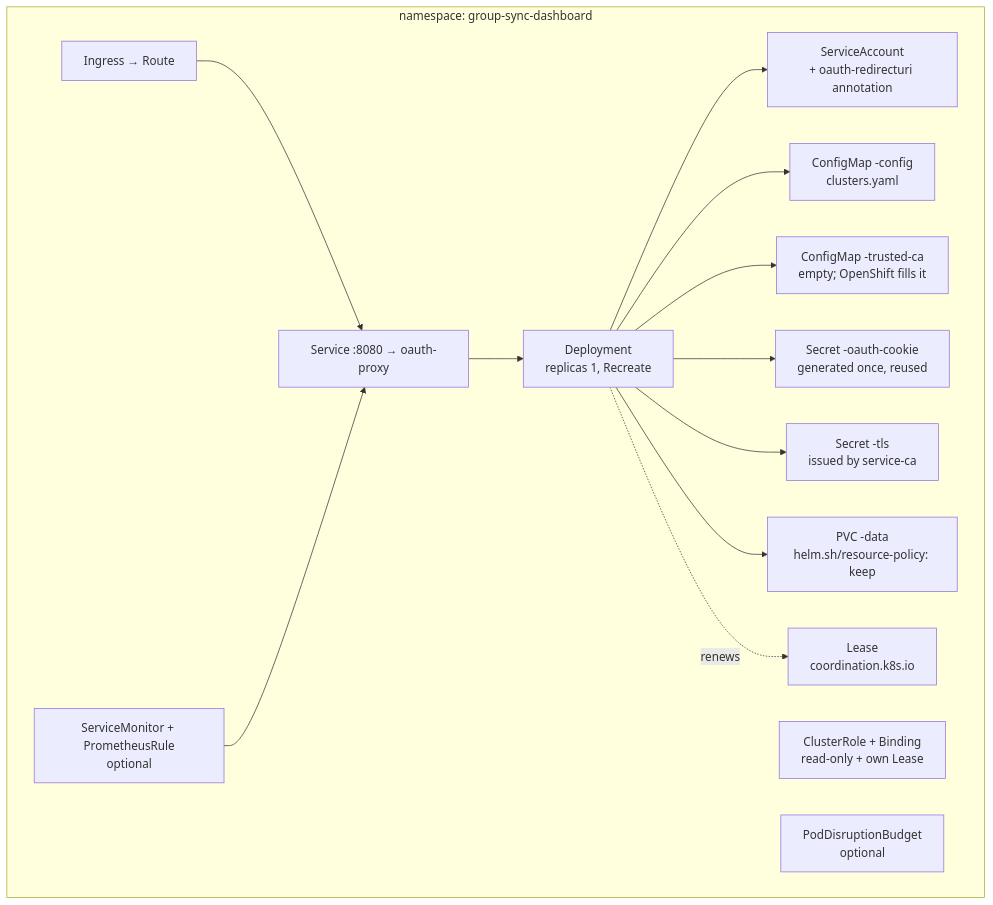
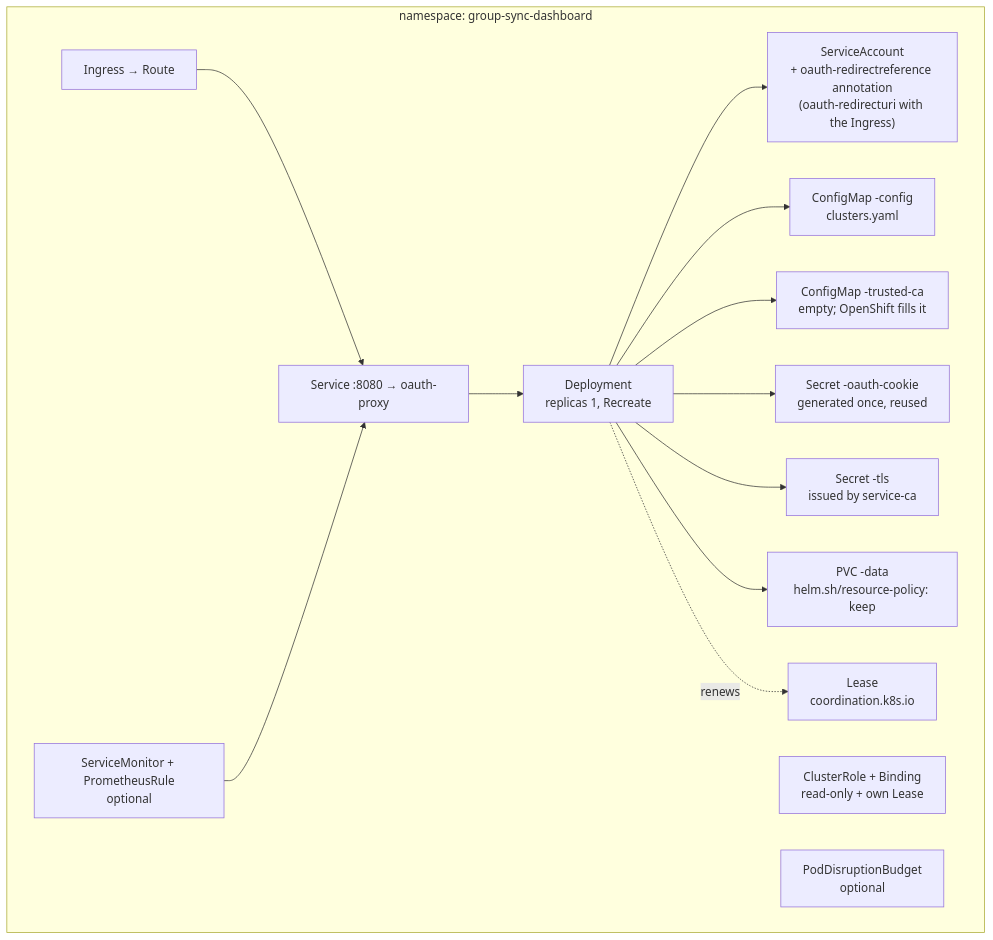
Before and after one commit to ephico2real2/group-sync-dashboard: the eighth of 10 diagrams in docs/reference-architecture.md, drawn with Mermaid. The commit also changed other lines of this file and 15 other files, not shown here.

````diff
--- a/docs/reference-architecture.md
+++ b/docs/reference-architecture.md
@@ -1075,23 +1075,23 @@
 ```mermaid
 flowchart TB
   subgraph ns["namespace: group-sync-dashboard"]
-    sa["ServiceAccount<br/>+ oauth-redirecturi annotation"]
+    sa["ServiceAccount<br/>+ oauth-redirectreference annotation<br/>(oauth-redirecturi with the Ingress)"]
     cr["ClusterRole + Binding<br/>read-only + own Lease"]
     cm["ConfigMap -config<br/>clusters.yaml"]
     tca["ConfigMap -trusted-ca<br/>empty; OpenShift fills it"]
     sec["Secret -oauth-cookie<br/>generated once, reused"]
     tls["Secret -tls<br/>issued by service-ca"]
     dep["Deployment<br/>replicas 1, Recreate"]
     pvc["PVC -data<br/>helm.sh/resource-policy: keep"]
     svc["Service :8080 → oauth-proxy"]
     ing["Ingress → Route"]
     lease["Lease<br/>coordination.k8s.io"]
     pdb["PodDisruptionBudget<br/>optional"]
     sm["ServiceMonitor + PrometheusRule<br/>optional"]
   end
   dep --> cm & tca & sec & tls & pvc & sa
   svc --> dep
   ing --> svc
   sm --> svc
   dep -.->|renews| lease
 ```
````
